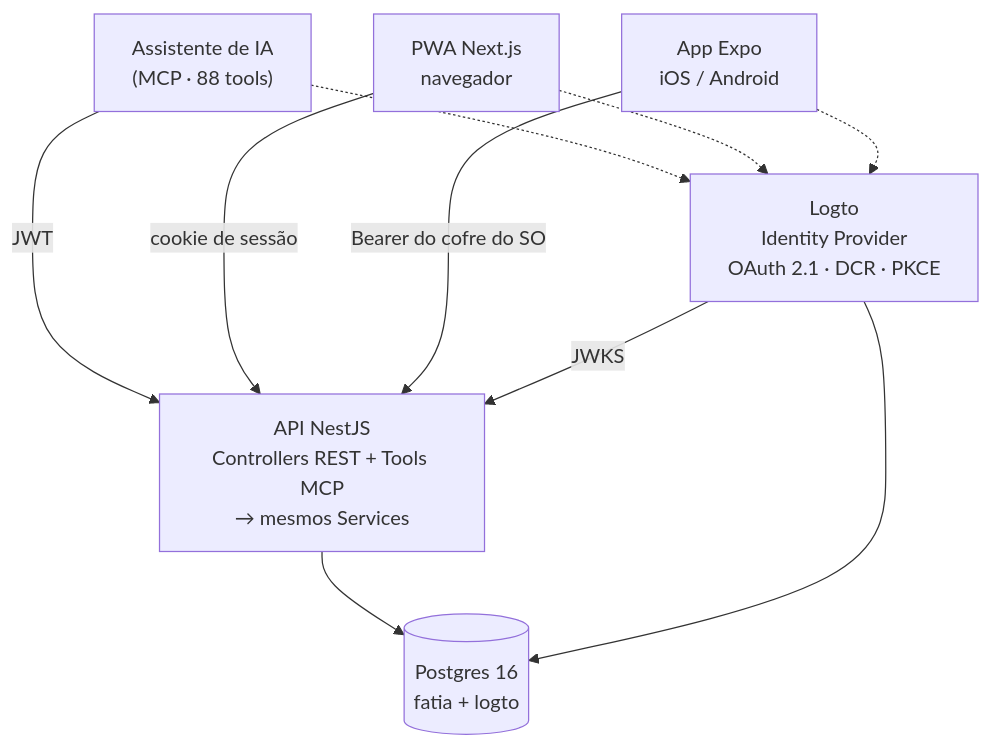
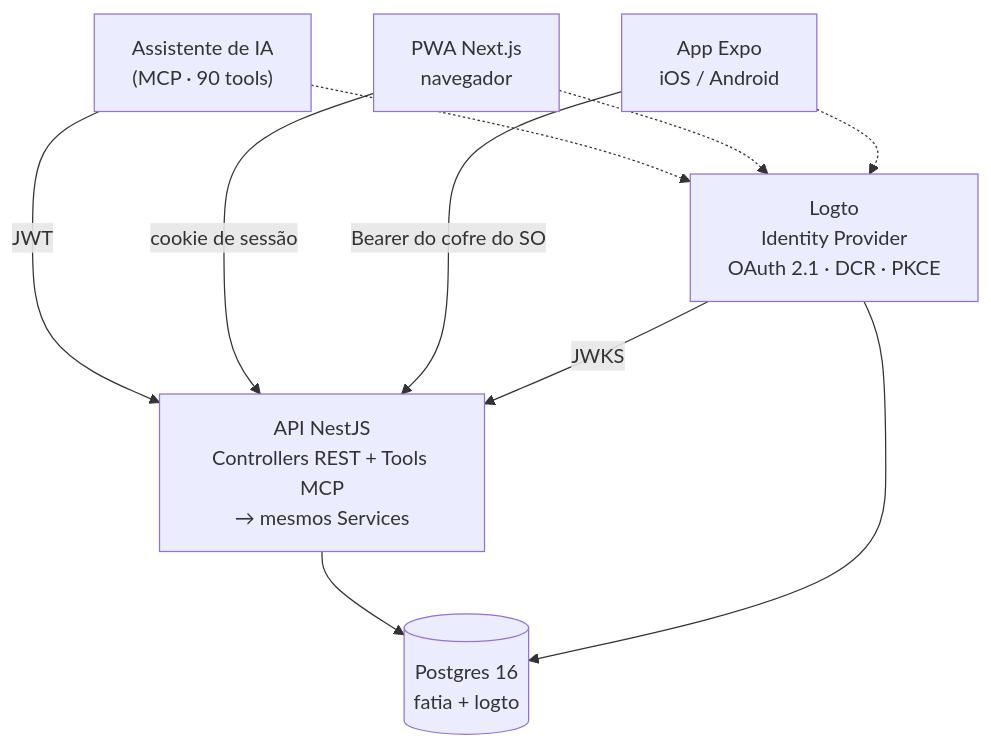
Before and after one commit to ThiagoCarreiraVallim/fatia: the diagram in README.md, drawn with Mermaid. The commit also changed other lines of this file and 31 other files, not shown here.

````diff
--- a/README.md
+++ b/README.md
@@ -32,19 +32,19 @@
 ```mermaid
 flowchart TD
-    claude["Assistente de IA<br/>(MCP · 88 tools)"]
+    claude["Assistente de IA<br/>(MCP · 90 tools)"]
     pwa["PWA Next.js<br/>navegador"]
     mobile["App Expo<br/>iOS / Android"]
     logto["Logto<br/>Identity Provider<br/>OAuth 2.1 · DCR · PKCE"]
     api["API NestJS<br/>Controllers REST + Tools MCP<br/>→ mesmos Services"]
     pg[("Postgres 16<br/>fatia + logto")]
 
     claude -- "JWT" --> api
     pwa -- "cookie de sessão" --> api
     mobile -- "Bearer do cofre do SO" --> api
     claude -.-> logto
     pwa -.-> logto
     mobile -.-> logto
     logto -- "JWKS" --> api
     api --> pg
     logto --> pg
 ```
````
